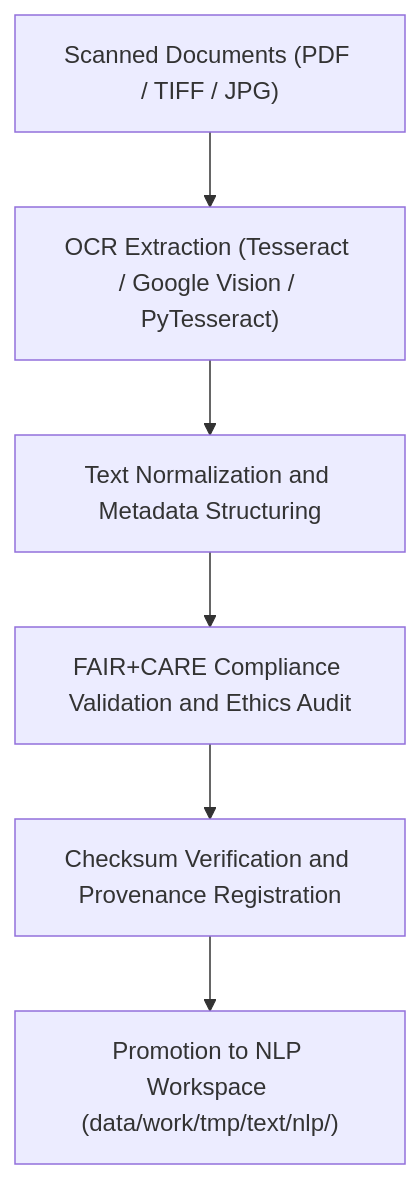
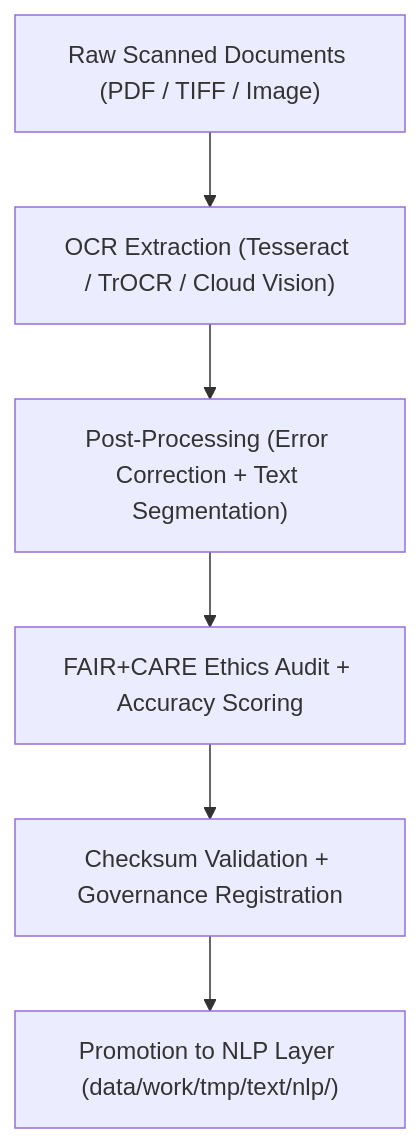
Before and after one commit to bartytime4life/Kansas-Frontier-Matrix: the diagram in data/work/tmp/text/ocr/README.md, drawn with Mermaid. The commit also changed other lines of this file, not shown here.

````diff
--- a/data/work/tmp/text/ocr/README.md
+++ b/data/work/tmp/text/ocr/README.md
@@ -68,8 +64,8 @@
 ```mermaid
 flowchart TD
-    A["Scanned Documents (PDF / TIFF / JPG)"] --> B["OCR Extraction (Tesseract / Google Vision / PyTesseract)"]
-    B --> C["Text Normalization and Metadata Structuring"]
-    C --> D["FAIR+CARE Compliance Validation and Ethics Audit"]
-    D --> E["Checksum Verification and Provenance Registration"]
-    E --> F["Promotion to NLP Workspace (data/work/tmp/text/nlp/)"]
+    A["Raw Scanned Documents (PDF / TIFF / Image)"] --> B["OCR Extraction (Tesseract / TrOCR / Cloud Vision)"]
+    B --> C["Post-Processing (Error Correction + Text Segmentation)"]
+    C --> D["FAIR+CARE Ethics Audit + Accuracy Scoring"]
+    D --> E["Checksum Validation + Governance Registration"]
+    E --> F["Promotion to NLP Layer (data/work/tmp/text/nlp/)"]
 ```
````
